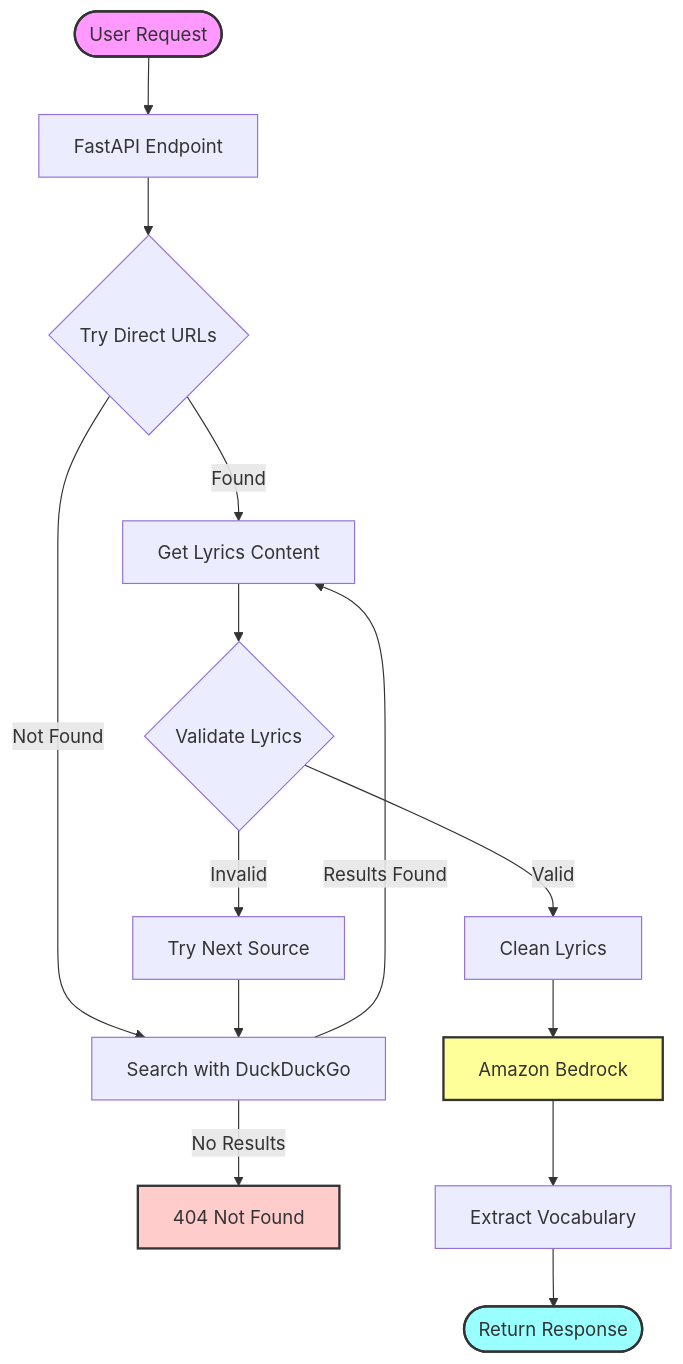
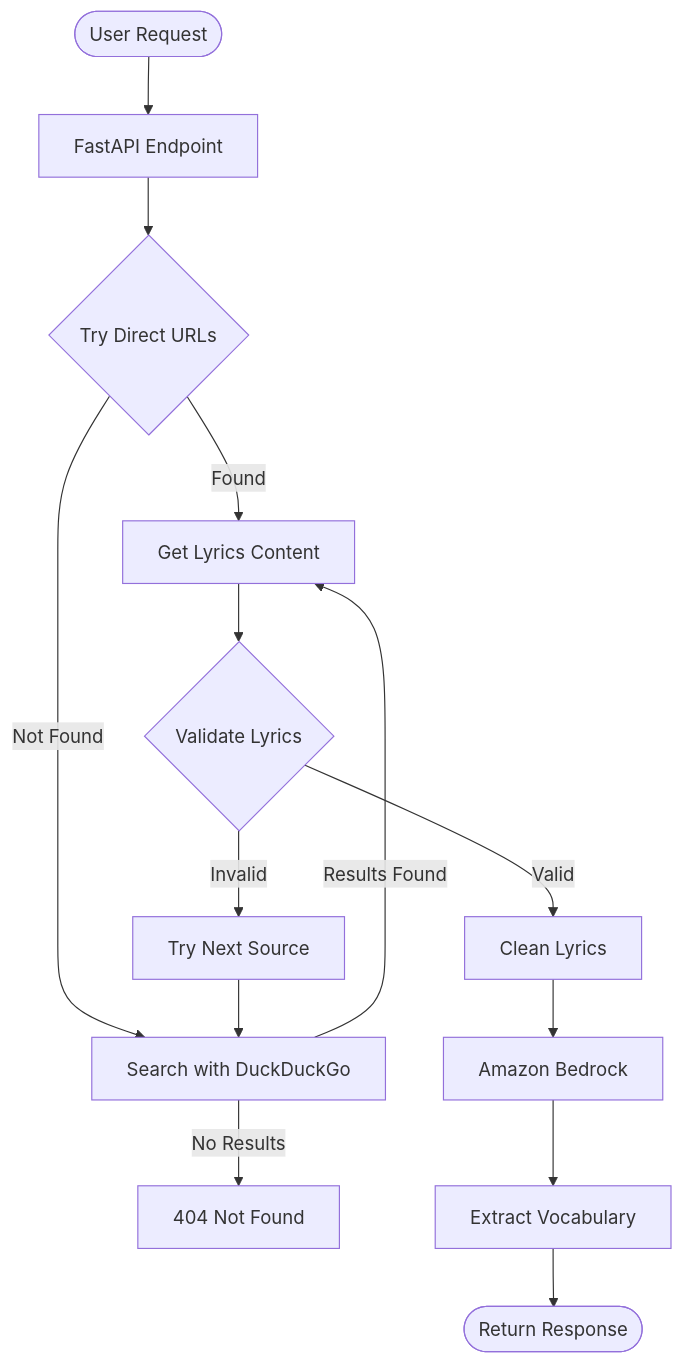
The diagram in song-vocab/agentic-workflow/README.md (SuperNolvas/free-genai-bootcamp-2025), drawn with Mermaid before and after one commit.

Commit message:
update mermaid diagram colouring

````diff
--- a/song-vocab/agentic-workflow/README.md
+++ b/song-vocab/agentic-workflow/README.md
@@ -7,21 +7,16 @@
 ```mermaid
 flowchart TD
     A(["User Request"]) --> B["FastAPI Endpoint"]
     B --> C{"Try Direct URLs"}
     C -->|"Found"| E["Get Lyrics Content"]
     C -->|"Not Found"| D["Search with DuckDuckGo"]
     D -->|"Results Found"| E
     D -->|"No Results"| M["404 Not Found"]
     E --> F{"Validate Lyrics"}
     F -->|"Invalid"| G["Try Next Source"]
     G --> D
     F -->|"Valid"| H["Clean Lyrics"]
     H --> I["Amazon Bedrock"]
     I --> J["Extract Vocabulary"]
     J --> K(["Return Response"])
-    
-    style A fill:#f9f,stroke:#333,stroke-width:2px
-    style K fill:#9ff,stroke:#333,stroke-width:2px
-    style I fill:#ff9,stroke:#333,stroke-width:2px
-    style M fill:#fcc,stroke:#333,stroke-width:2px
 ```
````
